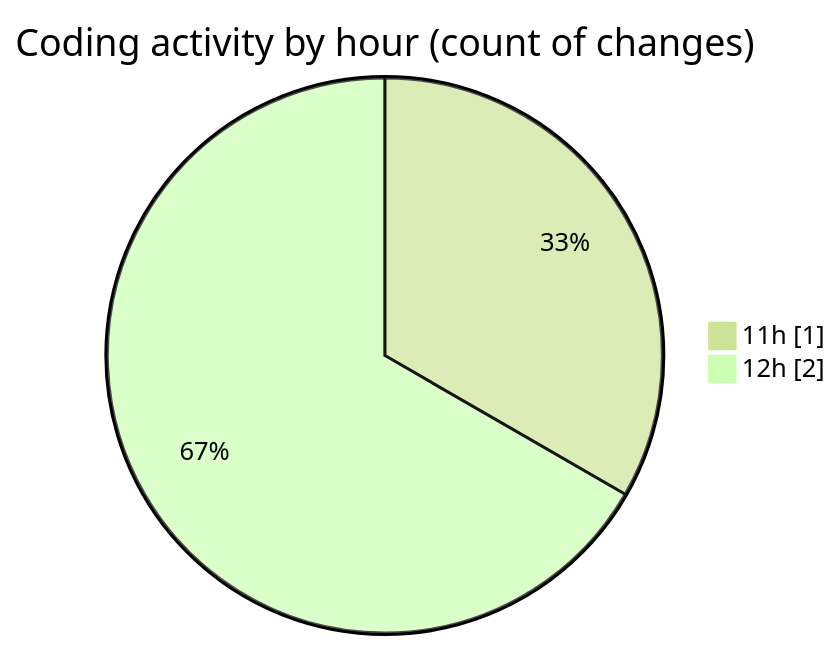
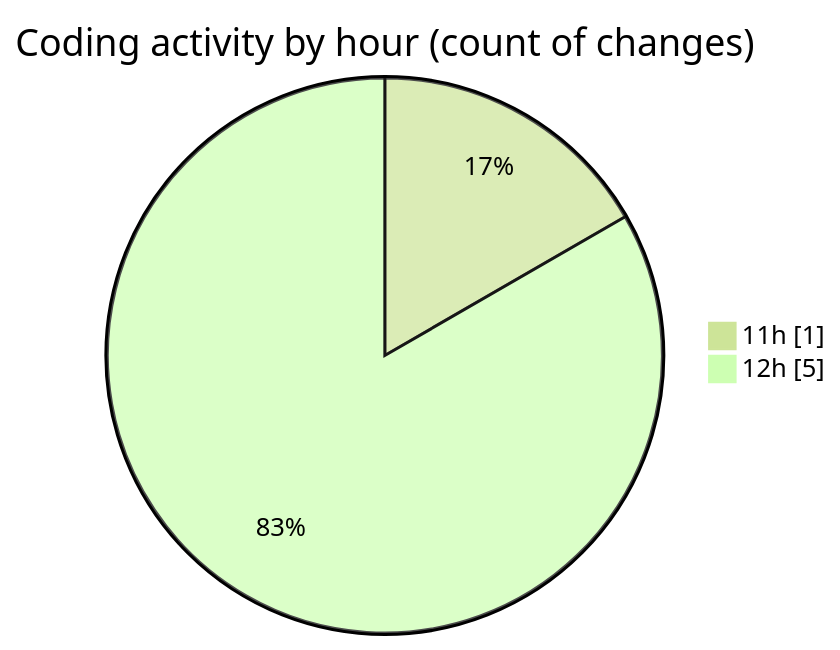
One commit to nxtqubesakshisongat/code-tracking changed the second of 2 diagrams in 2025-11-13/argos/README.md. Above: the diagram before and after it, drawn with Mermaid (forest theme). The commit also changed other lines of this file and 1 other file, not shown here.

````diff
--- a/2025-11-13/argos/README.md
+++ b/2025-11-13/argos/README.md
@@ -28,6 +29,6 @@
 ```mermaid
 pie showData
 title Coding activity by hour (count of changes)
 "11h" : 1
-"12h" : 2
+"12h" : 5
 ```
````
